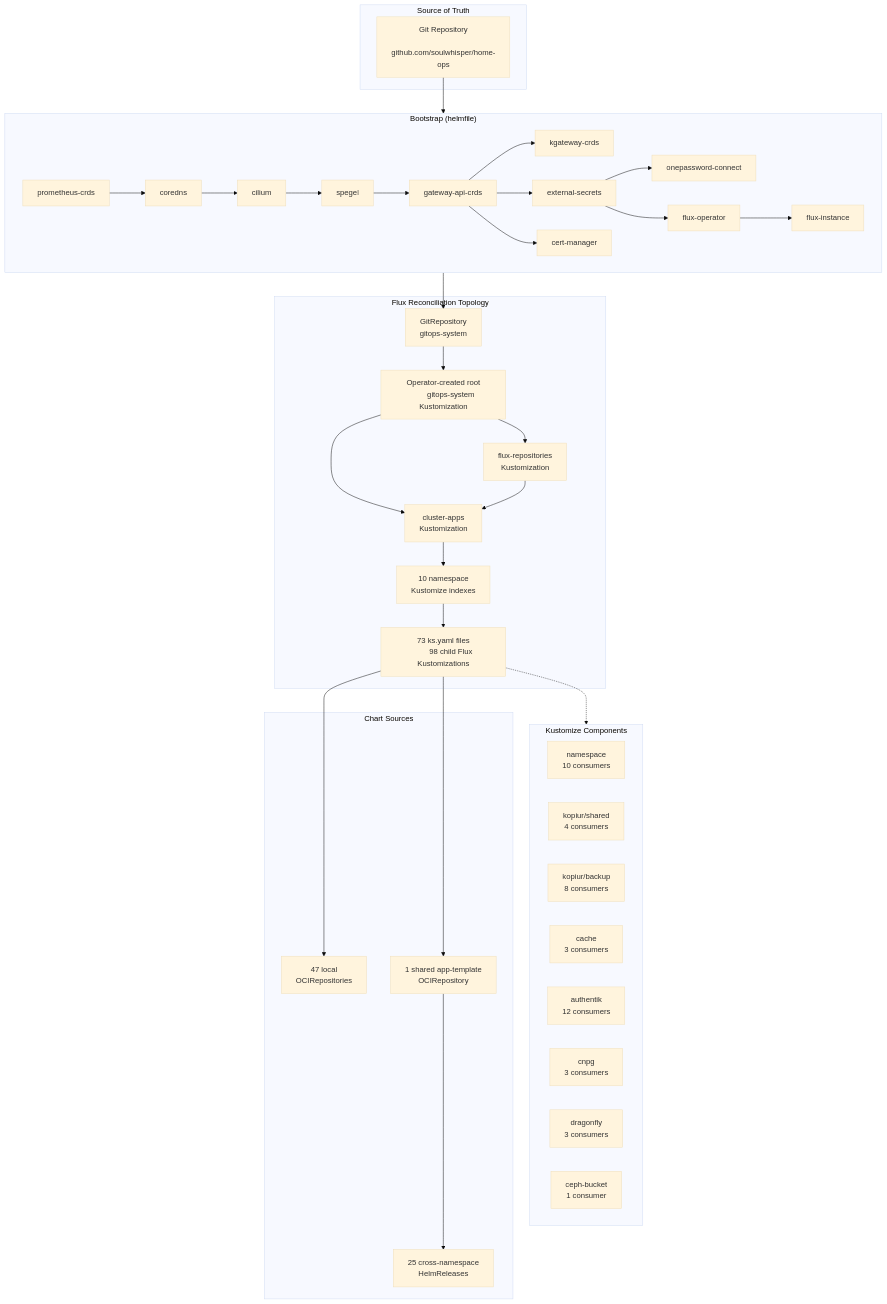
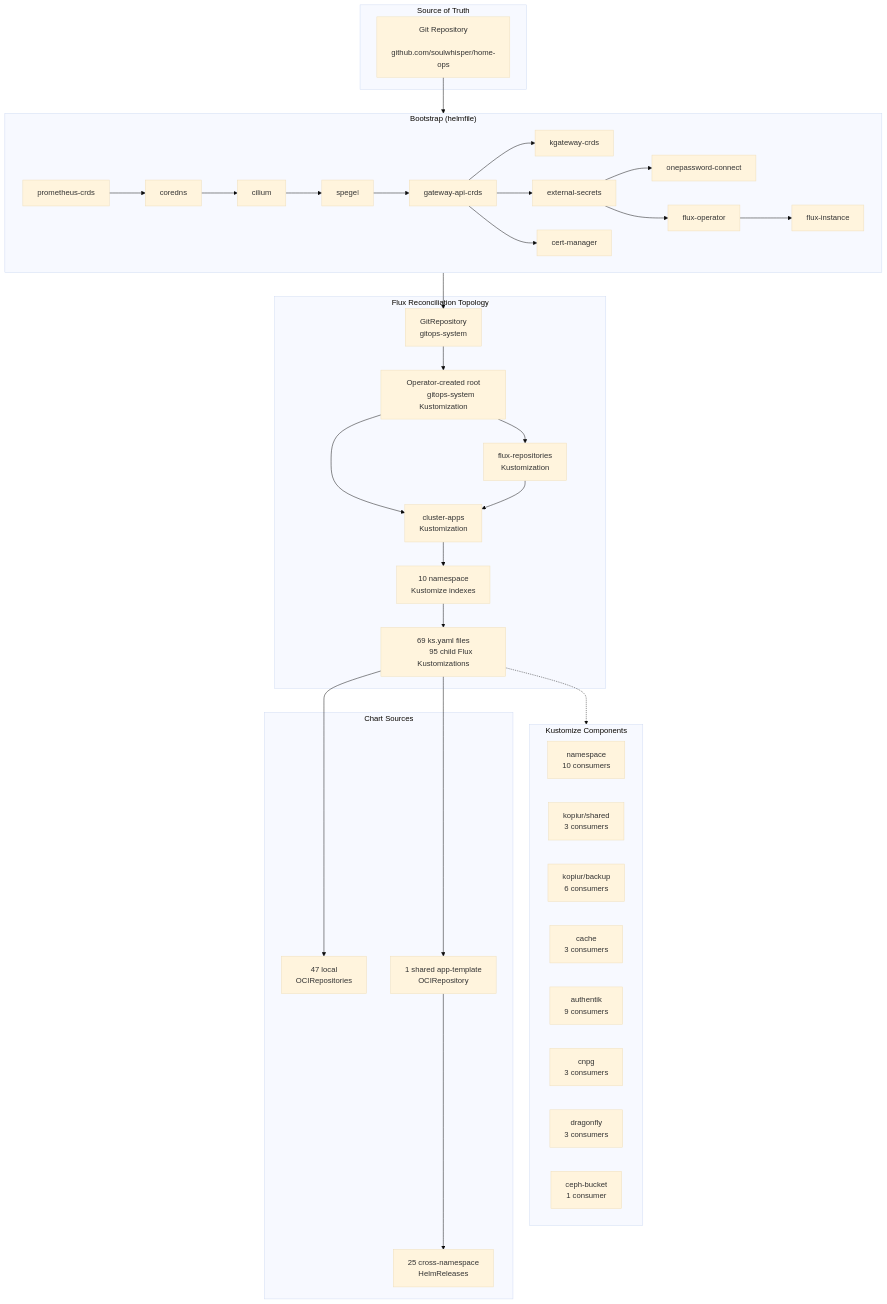
The diagram in docs/infrastructure/kubernetes.md (soulwhisper/home-ops), drawn with Mermaid (base theme) before and after one commit. The commit also changed other lines of this file and 45 other files, not shown here.

````diff
--- a/docs/infrastructure/kubernetes.md
+++ b/docs/infrastructure/kubernetes.md
@@ -12,71 +12,71 @@
 ```mermaid
 flowchart TB
     subgraph Source["Source of Truth"]
         GIT["Git Repository
         github.com/soulwhisper/home-ops"]
     end
 
     subgraph Bootstrap["Bootstrap (helmfile)"]
         direction LR
         B1["prometheus-crds"] --> B2["coredns"]
         B2 --> B3["cilium"]
         B3 --> B4["spegel"]
         B4 --> B5["gateway-api-crds"]
         B5 --> B6["kgateway-crds"]
         B5 --> B7["external-secrets"]
         B5 --> B8["cert-manager"]
         B7 --> B9["onepassword-connect"]
         B7 --> B11["flux-operator"]
         B11 --> B12["flux-instance"]
     end
 
     subgraph FluxTopo["Flux Reconciliation Topology"]
         GR["GitRepository
         gitops-system"] --> ROOT["Operator-created root
         gitops-system Kustomization"]
         ROOT --> FR["flux-repositories
         Kustomization"]
         ROOT --> CA["cluster-apps
         Kustomization"]
         FR --> CA
         CA --> NS["10 namespace
         Kustomize indexes"]
-        NS --> APPS["73 ks.yaml files
-        98 child Flux Kustomizations"]
+        NS --> APPS["69 ks.yaml files
+        95 child Flux Kustomizations"]
     end
 
     subgraph Components["Kustomize Components"]
         NS_COMP["namespace
         10 consumers"]
         KOPIUR_MOVERS["kopiur/shared
-        4 consumers"]
+        3 consumers"]
         KOPIUR_BACKUP["kopiur/backup
-        8 consumers"]
+        6 consumers"]
         CACHE["cache
         3 consumers"]
         AUTHENTIK["authentik
-        12 consumers"]
+        9 consumers"]
         CNPG["cnpg
         3 consumers"]
         DRAGONFLY["dragonfly
         3 consumers"]
         CEPH["ceph-bucket
         1 consumer"]
     end
 
     subgraph Charts["Chart Sources"]
         OCI_OWN["47 local
         OCIRepositories"]
         OCI_TPL["1 shared app-template
         OCIRepository"]
         CROSS["25 cross-namespace
         HelmReleases"]
     end
 
     GIT --> Bootstrap
     Bootstrap --> GR
     APPS -.-> Components
     APPS --> OCI_OWN
     APPS --> OCI_TPL
     OCI_TPL --> CROSS
 ```
````
